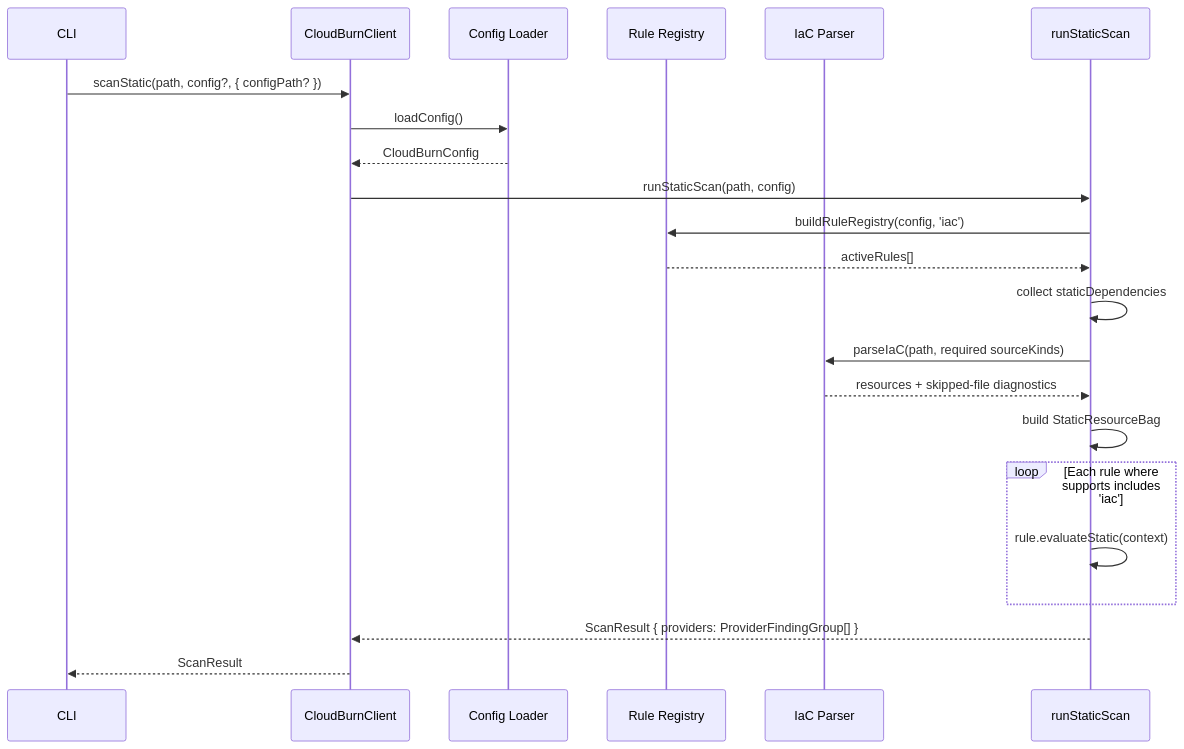
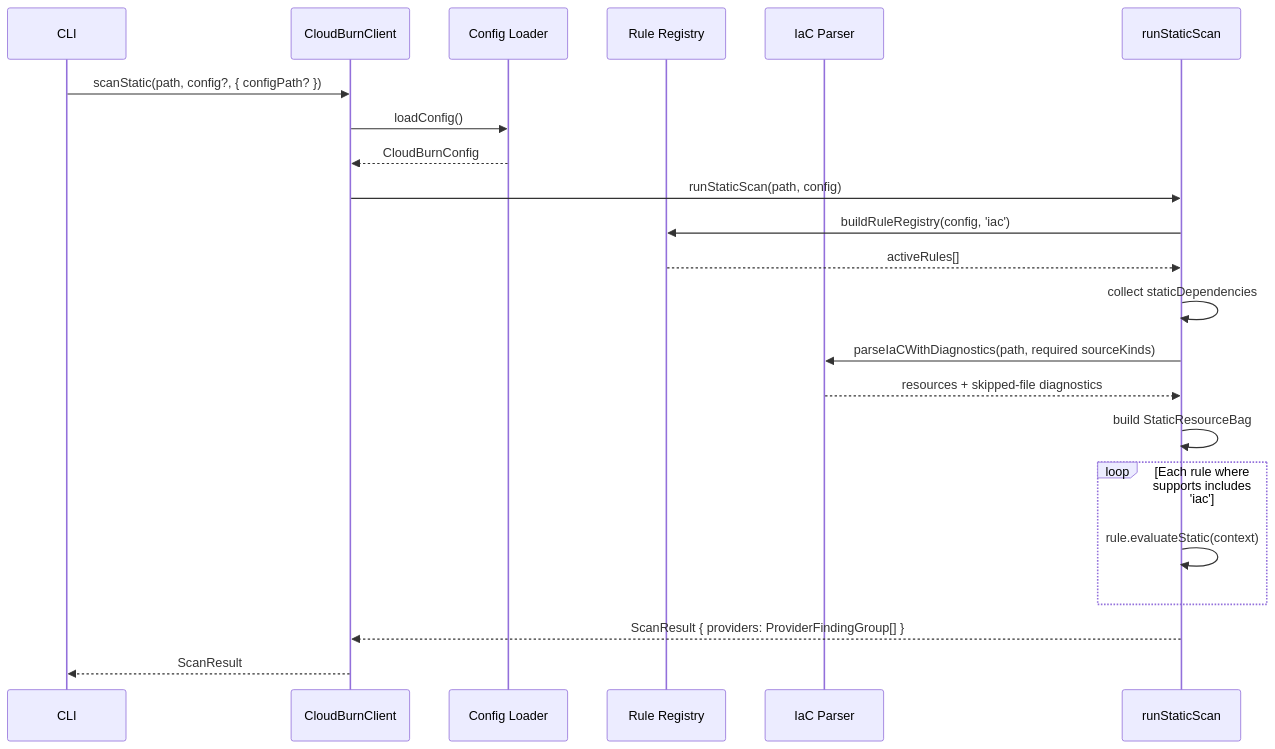
One commit to towardsthecloud/cloudburn changed the second of 3 diagrams in docs/ARCHITECTURE.md. Above: the diagram before and after it, drawn with Mermaid. The commit also changed 4 other files, not shown here.

````diff
--- a/docs/ARCHITECTURE.md
+++ b/docs/ARCHITECTURE.md
@@ -19,25 +19,25 @@
 ```mermaid
 sequenceDiagram
   participant CLI
   participant Scanner as CloudBurnClient
   participant Config as Config Loader
   participant Registry as Rule Registry
   participant Parser as IaC Parser
   participant Engine as runStaticScan
 
   CLI->>Scanner: scanStatic(path, config?, { configPath? })
   Scanner->>Config: loadConfig()
   Config-->>Scanner: CloudBurnConfig
   Scanner->>Engine: runStaticScan(path, config)
   Engine->>Registry: buildRuleRegistry(config, 'iac')
   Registry-->>Engine: activeRules[]
   Engine->>Engine: collect staticDependencies
-  Engine->>Parser: parseIaC(path, required sourceKinds)
+  Engine->>Parser: parseIaCWithDiagnostics(path, required sourceKinds)
   Parser-->>Engine: resources + skipped-file diagnostics
   Engine->>Engine: build StaticResourceBag
   loop Each rule where supports includes 'iac'
     Engine->>Engine: rule.evaluateStatic(context)
   end
   Engine-->>Scanner: ScanResult { providers: ProviderFindingGroup[] }
   Scanner-->>CLI: ScanResult
 ```
````
